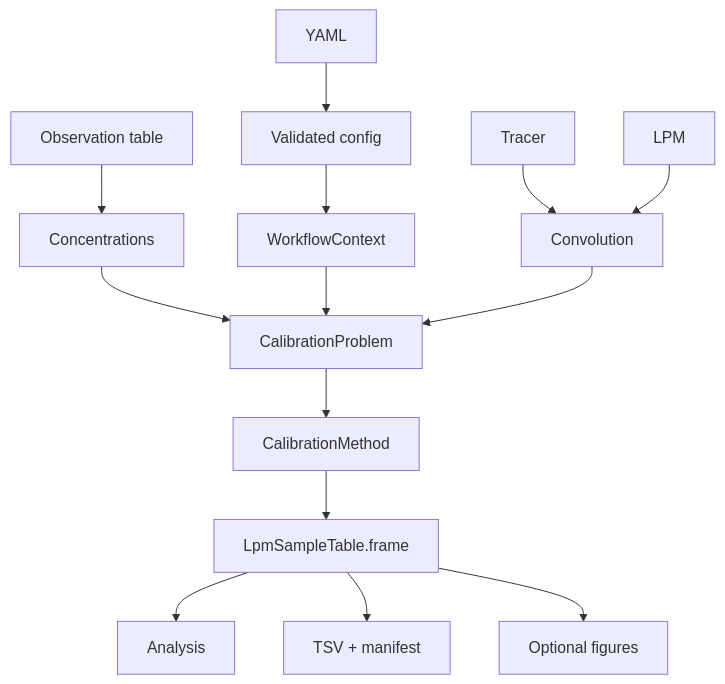
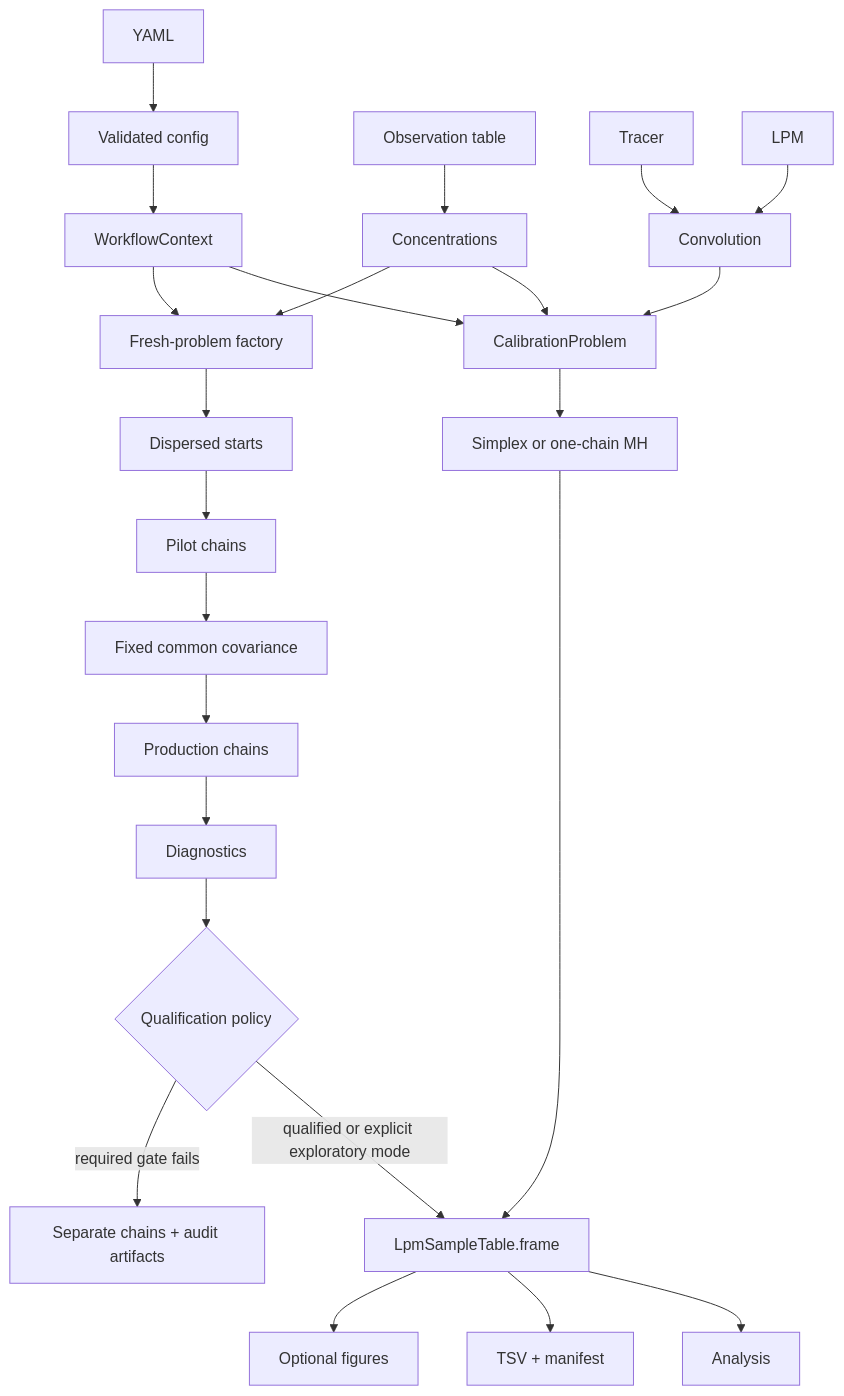
Before and after one commit to dreuzy/PyAges: the second of 2 diagrams in docs/architecture.md, drawn with Mermaid. The commit also changed other lines of this file and 78 other files, not shown here.

Commit message:
Add qualified multi-chain MH workflows

````diff
--- a/docs/architecture.md
+++ b/docs/architecture.md
@@ -132,16 +140,26 @@
 ```{mermaid}
 flowchart TB
   YAML[YAML] --> CFG[Validated config]
   OBSFILE[Observation table] --> OBS[Concentrations]
   CFG --> CTX[WorkflowContext]
   OBS --> PROBLEM[CalibrationProblem]
   CTX --> PROBLEM
+  OBS --> FACTORY[Fresh-problem factory]
+  CTX --> FACTORY
   TR[Tracer] --> CONV[Convolution]
   LPM[LPM] --> CONV
   CONV --> PROBLEM
-  PROBLEM --> METHOD[CalibrationMethod]
+  PROBLEM --> METHOD[Simplex or one-chain MH]
   METHOD --> SAMPLES[LpmSampleTable.frame]
+  FACTORY --> INIT[Dispersed starts]
+  INIT --> PILOT[Pilot chains]
+  PILOT --> COV[Fixed common covariance]
+  COV --> CHAINS[Production chains]
+  CHAINS --> DIAG[Diagnostics]
+  DIAG --> GATE{Qualification policy}
+  GATE -->|qualified or explicit exploratory mode| SAMPLES
+  GATE -->|required gate fails| AUDIT[Separate chains + audit artifacts]
   SAMPLES --> STATS[Analysis]
   SAMPLES --> FILES[TSV + manifest]
   SAMPLES --> FIGS[Optional figures]
 ```
````
